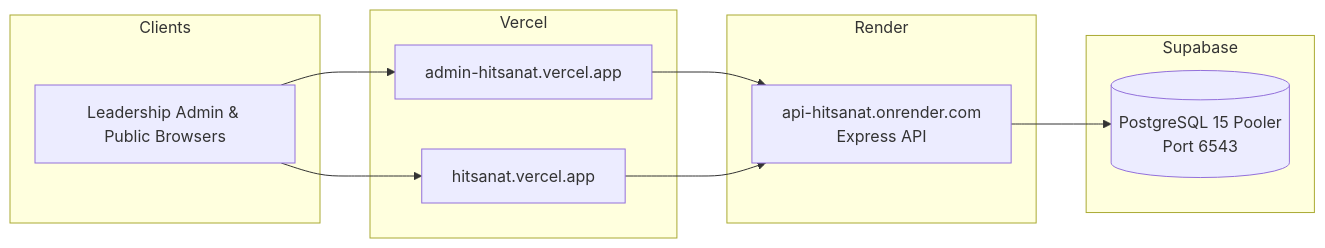
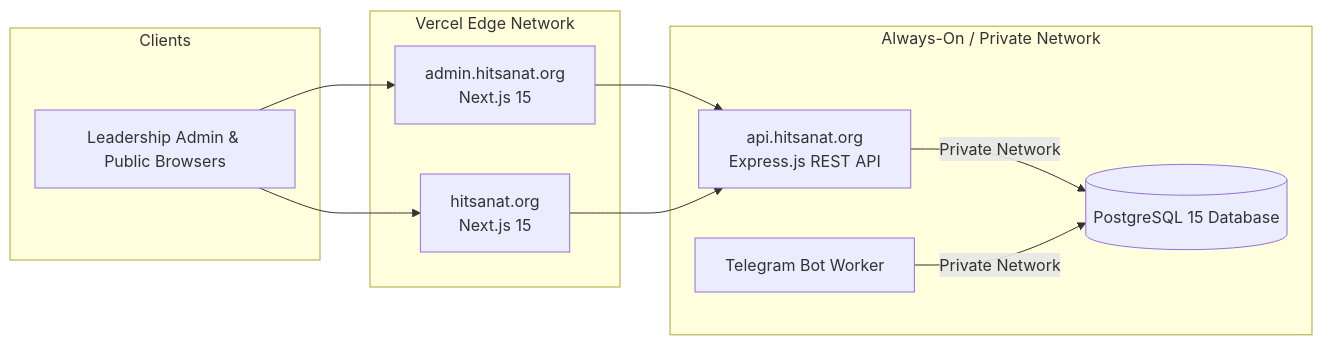
Before and after one commit to Hitsanat-Kfl/hitsanat: the second of 2 diagrams in README.md, drawn with Mermaid. The commit also changed other lines of this file and 13 other files, not shown here.

First line of the commit message:
docs: adopt Railway for always-on backend deployment and resolve cold start trade-offs

````diff
--- a/README.md
+++ b/README.md
@@ -239,25 +239,24 @@
 ```mermaid
 graph LR
     subgraph Clients
         Browser[Leadership Admin & Public Browsers]
     end
 
-    subgraph Vercel
-        VercelAdmin[admin-hitsanat.vercel.app]
-        VercelPortfolio[hitsanat.vercel.app]
+    subgraph Vercel Edge Network
+        VercelAdmin[admin.hitsanat.org<br/>Next.js 15]
+        VercelPortfolio[hitsanat.org<br/>Next.js 15]
     end
 
-    subgraph Render
-        RenderApi[api-hitsanat.onrender.com<br/>Express API]
-    end
-
-    subgraph Supabase
-        SupabaseDb[(PostgreSQL 15 Pooler<br/>Port 6543)]
+    subgraph Railway Canvas [Always-On / Private Network]
+        RailwayApi[api.hitsanat.org<br/>Express.js REST API]
+        RailwayBot[Telegram Bot Worker]
+        RailwayDb[(PostgreSQL 15 Database)]
     end
 
     Browser --> VercelAdmin
     Browser --> VercelPortfolio
-    VercelAdmin --> RenderApi
-    VercelPortfolio --> RenderApi
-    RenderApi --> SupabaseDb
+    VercelAdmin --> RailwayApi
+    VercelPortfolio --> RailwayApi
+    RailwayApi -->|Private Network| RailwayDb
+    RailwayBot -->|Private Network| RailwayDb
 ```
````
